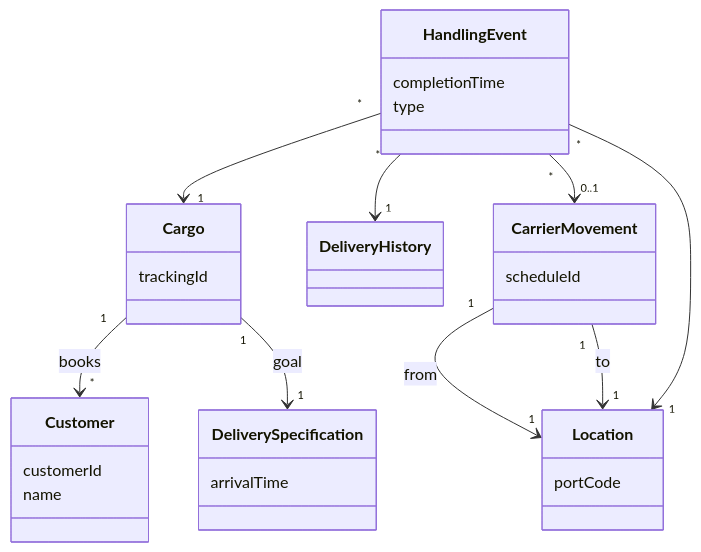
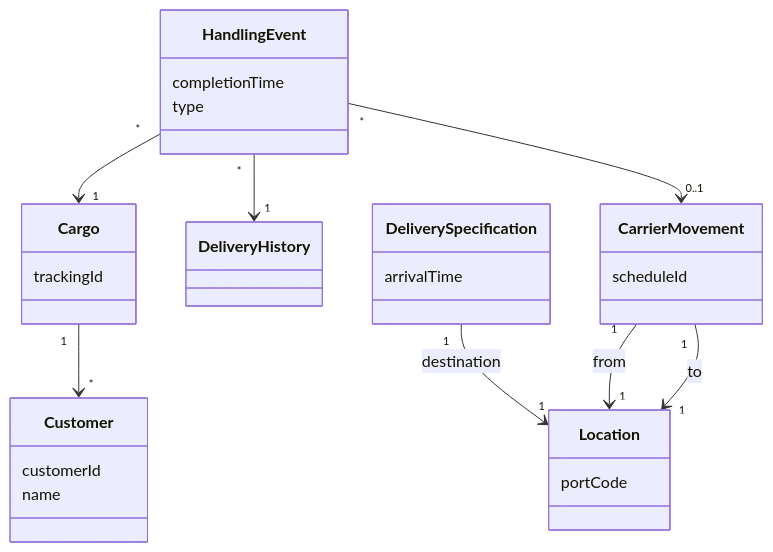
The diagram in docs/architecture/01-design.md (peterramaldes/cs), drawn with Mermaid before and after one commit.

Commit message:
docs: fix relationships - DeliverySpec->Location, remove book label

````diff
--- a/docs/architecture/01-design.md
+++ b/docs/architecture/01-design.md
@@ -5,40 +5,39 @@
 ```mermaid
 classDiagram
     class Customer {
         customerId
         name
     }
 
     class Cargo {
         trackingId
     }
 
     class DeliveryHistory {
     }
 
     class DeliverySpecification {
         arrivalTime
     }
 
     class HandlingEvent {
         completionTime
         type
     }
 
     class CarrierMovement {
         scheduleId
     }
 
     class Location {
         portCode
     }
 
-    Cargo "1" --> "*" Customer : books
+    Cargo "1" --> "*" Customer
     HandlingEvent "*" --> "1" Cargo
     HandlingEvent "*" --> "1" DeliveryHistory
-    Cargo "1" --> "1" DeliverySpecification : goal
+    DeliverySpecification "1" --> "1" Location : destination
     CarrierMovement "1" --> "1" Location : from
     CarrierMovement "1" --> "1" Location : to
     HandlingEvent "*" --> "0..1" CarrierMovement
-    HandlingEvent "*" --> "1" Location
 ```
````
